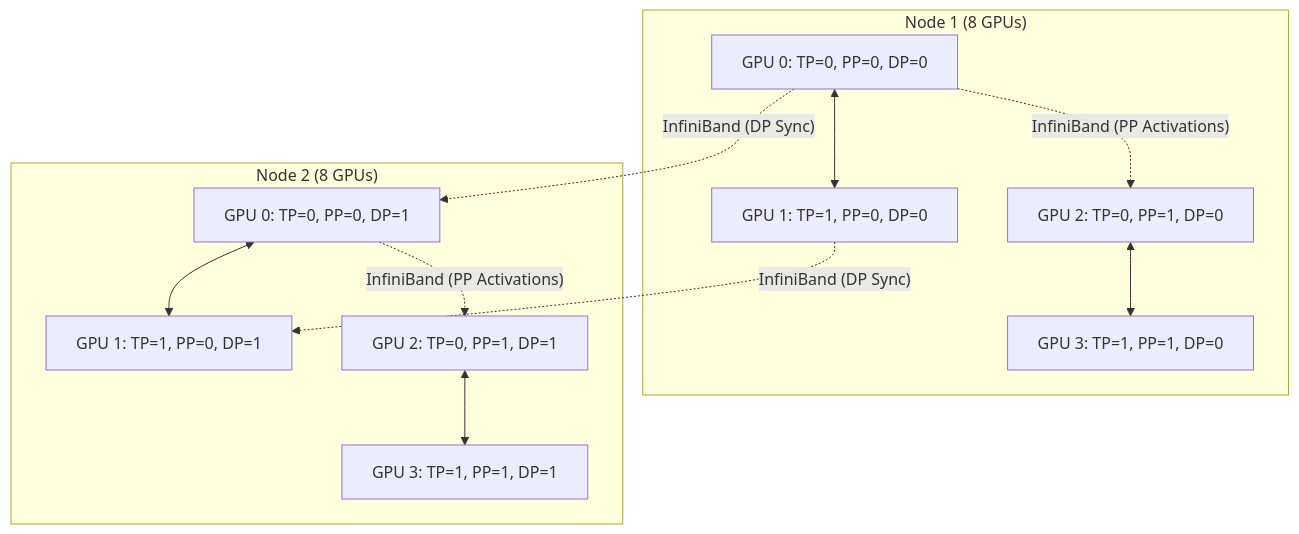
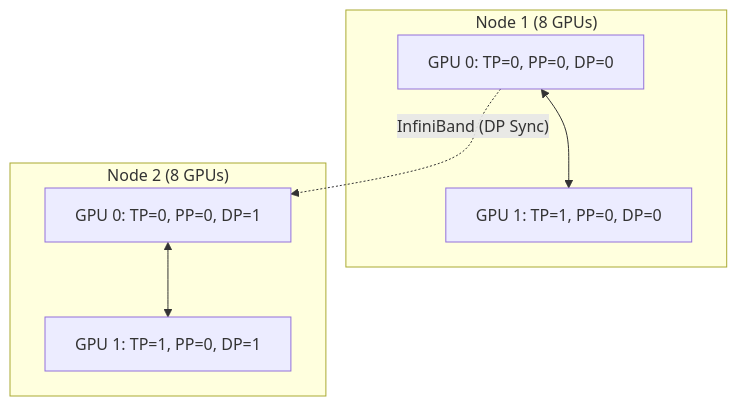
The diagram in docs/nvidia-zero-to-hero/volume-13/chapter-07-megatron-lm-architecture.md (jithinpnjm/nvidia-devops), drawn with Mermaid before and after one commit. The commit also changed other lines of this file and 3 other files, not shown here.

Commit message:
docs: restructure chapters 4-7 to strict top-level flow format

````diff
--- a/docs/nvidia-zero-to-hero/volume-13/chapter-07-megatron-lm-architecture.md
+++ b/docs/nvidia-zero-to-hero/volume-13/chapter-07-megatron-lm-architecture.md
@@ -18,18 +18,10 @@
 ```mermaid
 graph TD
     subgraph "Node 1 (8 GPUs)"
         G0_0[GPU 0: TP=0, PP=0, DP=0] <--> G0_1[GPU 1: TP=1, PP=0, DP=0]
-        G0_2[GPU 2: TP=0, PP=1, DP=0] <--> G0_3[GPU 3: TP=1, PP=1, DP=0]
     end
-    
     subgraph "Node 2 (8 GPUs)"
         G1_0[GPU 0: TP=0, PP=0, DP=1] <--> G1_1[GPU 1: TP=1, PP=0, DP=1]
-        G1_2[GPU 2: TP=0, PP=1, DP=1] <--> G1_3[GPU 3: TP=1, PP=1, DP=1]
     end
-    
     G0_0 -. "InfiniBand (DP Sync)" .-> G1_0
-    G0_1 -. "InfiniBand (DP Sync)" .-> G1_1
-    
-    G0_0 -. "InfiniBand (PP Activations)" .-> G0_2
-    G1_0 -. "InfiniBand (PP Activations)" .-> G1_2
 ```
````
